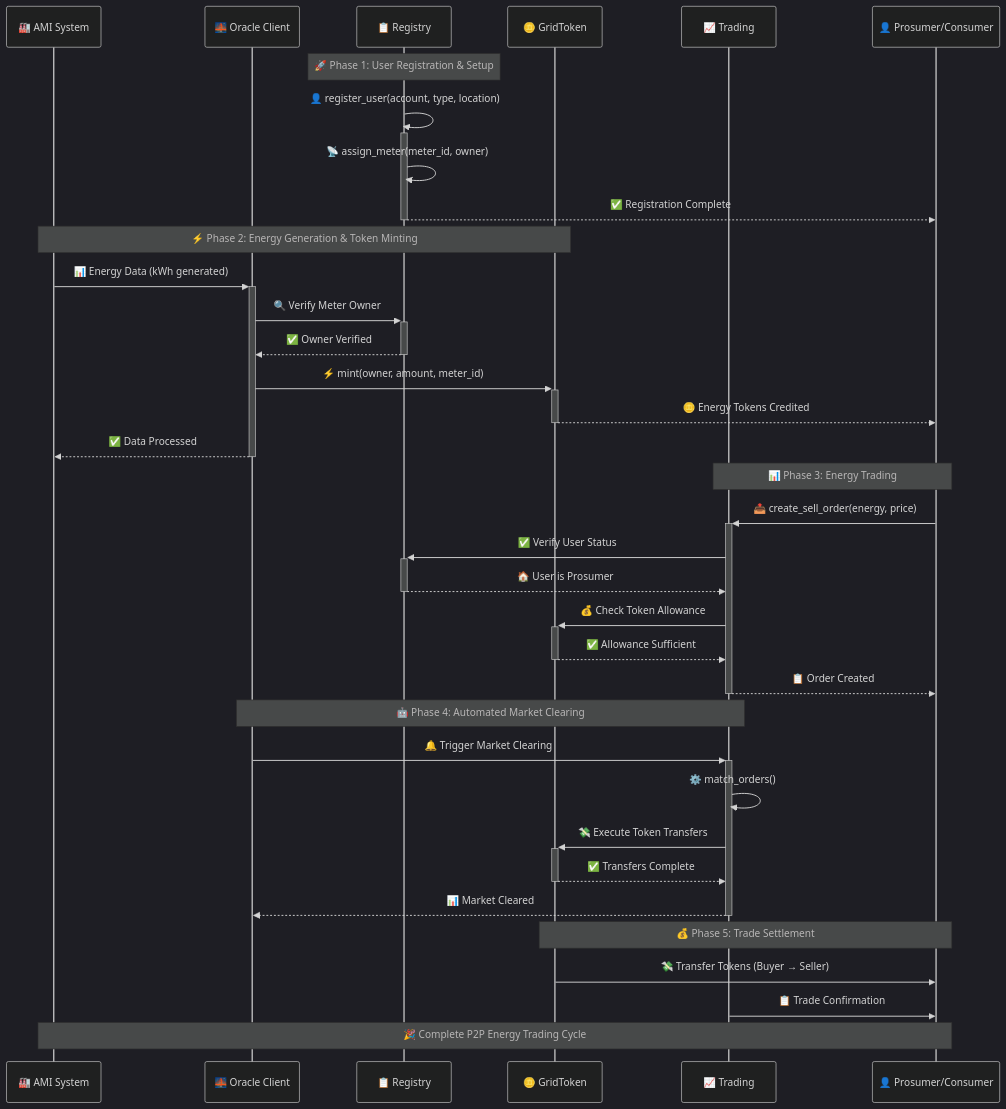
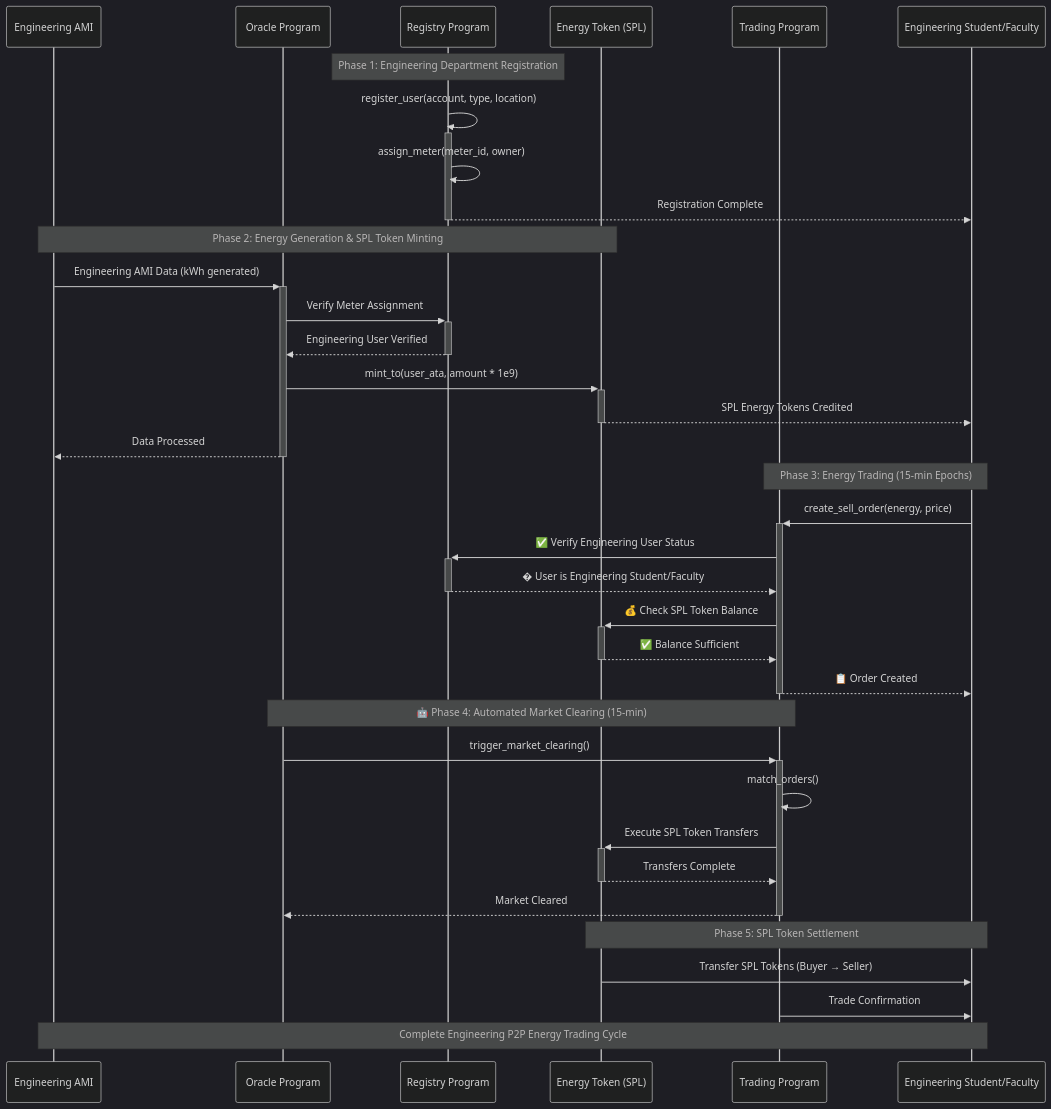
The third of 5 diagrams in docs/contracts-diagram.md (NakaSato/p2p), drawn with Mermaid (dark theme) before and after one commit. The commit also changed other lines of this file and 59 other files, not shown here.

````diff
--- a/docs/contracts-diagram.md
+++ b/docs/contracts-diagram.md
@@ -142,49 +260,49 @@
 ```mermaid
 sequenceDiagram
-    participant AMI as 🏭 AMI System
-    participant Oracle as 🌉 Oracle Client
-    participant Registry as 📋 Registry
-    participant Token as 🪙 GridToken
-    participant Trading as 📈 Trading
-    participant User as 👤 Prosumer/Consumer
+    participant AMI as Engineering AMI
+    participant Oracle as Oracle Program
+    participant Registry as Registry Program
+    participant Token as Energy Token (SPL)
+    participant Trading as Trading Program
+    participant User as Engineering Student/Faculty
     
     %% User Registration Flow
-    Note over Registry: 🚀 Phase 1: User Registration & Setup
-    Registry->>+Registry: 👤 register_user(account, type, location)
-    Registry->>Registry: 📡 assign_meter(meter_id, owner)
-    Registry-->>-User: ✅ Registration Complete
+    Note over Registry: Phase 1: Engineering Department Registration
+    Registry->>+Registry: register_user(account, type, location)
+    Registry->>Registry: assign_meter(meter_id, owner)
+    Registry-->>-User: Registration Complete
     
     %% Energy Generation Flow
-    Note over AMI,Token: ⚡ Phase 2: Energy Generation & Token Minting
-    AMI->>+Oracle: 📊 Energy Data (kWh generated)
-    Oracle->>+Registry: 🔍 Verify Meter Owner
-    Registry-->>-Oracle: ✅ Owner Verified
-    Oracle->>+Token: ⚡ mint(owner, amount, meter_id)
-    Token-->>-User: 🪙 Energy Tokens Credited
-    Oracle-->>-AMI: ✅ Data Processed
+    Note over AMI,Token: Phase 2: Energy Generation & SPL Token Minting
+    AMI->>+Oracle: Engineering AMI Data (kWh generated)
+    Oracle->>+Registry: Verify Meter Assignment
+    Registry-->>-Oracle: Engineering User Verified
+    Oracle->>+Token: mint_to(user_ata, amount * 1e9)
+    Token-->>-User: SPL Energy Tokens Credited
+    Oracle-->>-AMI: Data Processed
     
     %% Trading Flow
-    Note over User,Trading: 📊 Phase 3: Energy Trading
-    User->>+Trading: 📤 create_sell_order(energy, price)
-    Trading->>+Registry: ✅ Verify User Status
-    Registry-->>-Trading: 🏠 User is Prosumer
-    Trading->>+Token: 💰 Check Token Allowance
-    Token-->>-Trading: ✅ Allowance Sufficient
+    Note over User,Trading: Phase 3: Energy Trading (15-min Epochs)
+    User->>+Trading: create_sell_order(energy, price)
+    Trading->>+Registry: ✅ Verify Engineering User Status
+    Registry-->>-Trading: � User is Engineering Student/Faculty
+    Trading->>+Token: 💰 Check SPL Token Balance
+    Token-->>-Trading: ✅ Balance Sufficient
     Trading-->>-User: 📋 Order Created
     
     %% Market Clearing
-    Note over Oracle,Trading: 🤖 Phase 4: Automated Market Clearing
-    Oracle->>+Trading: 🔔 Trigger Market Clearing
-    Trading->>Trading: ⚙️ match_orders()
-    Trading->>+Token: 💸 Execute Token Transfers
-    Token-->>-Trading: ✅ Transfers Complete
-    Trading-->>-Oracle: 📊 Market Cleared
+    Note over Oracle,Trading: 🤖 Phase 4: Automated Market Clearing (15-min)
+    Oracle->>+Trading: trigger_market_clearing()
+    Trading->>Trading: match_orders()
+    Trading->>+Token: Execute SPL Token Transfers
+    Token-->>-Trading: Transfers Complete
+    Trading-->>-Oracle: Market Cleared
     
     %% Settlement
-    Note over Token,User: 💰 Phase 5: Trade Settlement
-    Token->>User: 💸 Transfer Tokens (Buyer → Seller)
-    Trading->>User: 📋 Trade Confirmation
+    Note over Token,User: Phase 5: SPL Token Settlement
+    Token->>User: Transfer SPL Tokens (Buyer → Seller)
+    Trading->>User: Trade Confirmation
     
     %% Styling
-    Note over AMI,User: 🎉 Complete P2P Energy Trading Cycle
+    Note over AMI,User: Complete Engineering P2P Energy Trading Cycle
 ```
````
